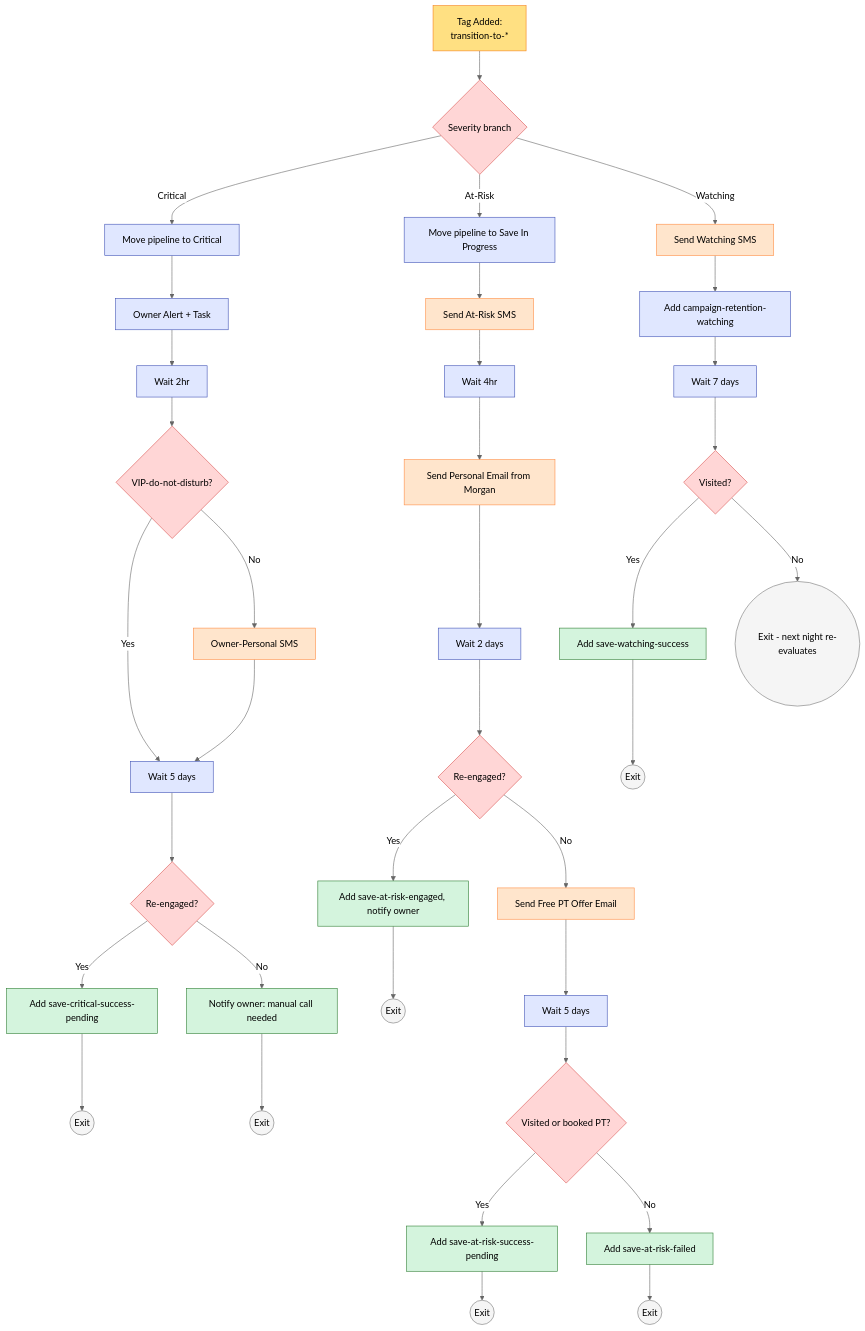
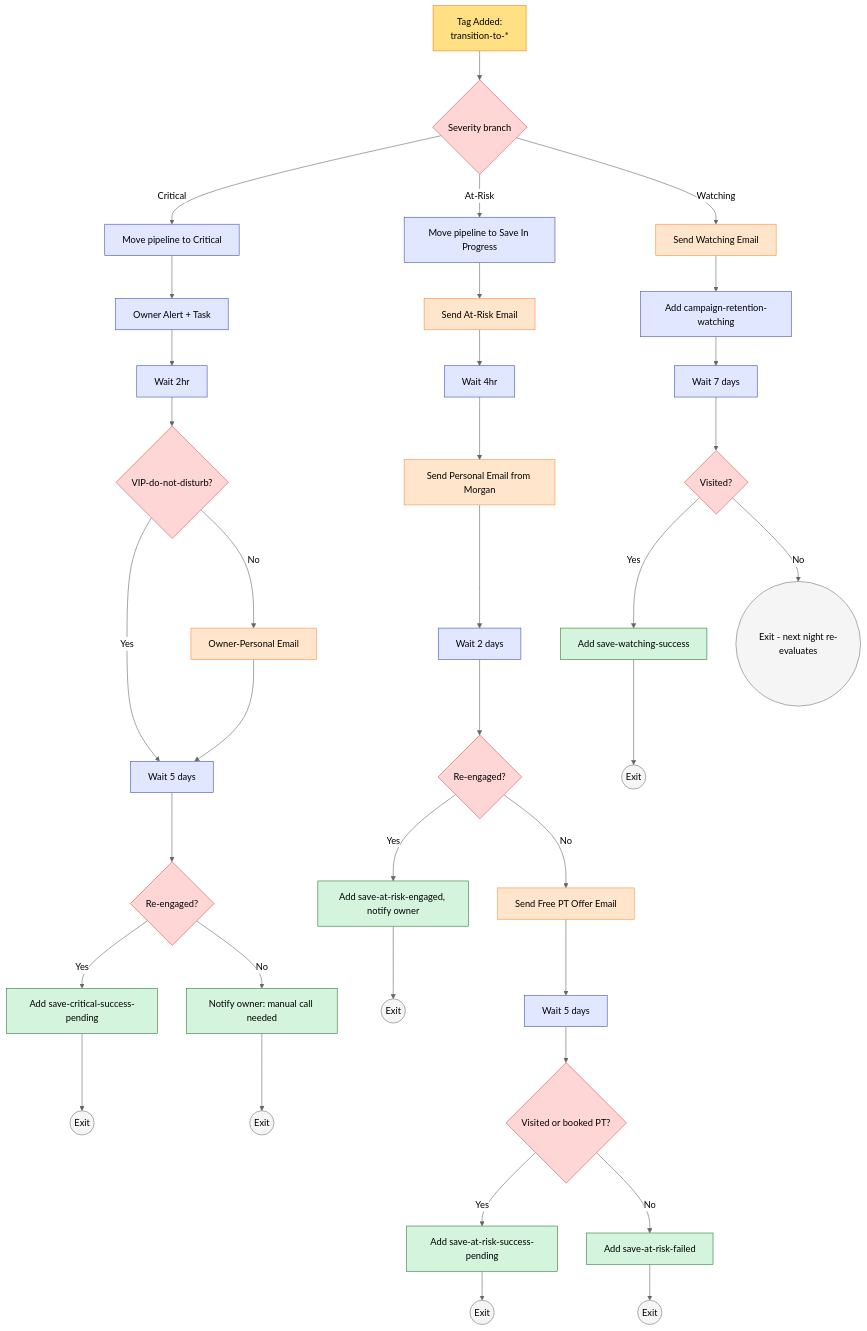
Before and after one commit to safeer-maker/GoHighLevel: the second of 2 diagrams in client-demo/sunrise-wellness-studio/problems/05-retention-and-churn-prevention/assets/workflow.md, drawn with Mermaid (neutral theme). The commit also changed other lines of this file and 50 other files, not shown here.

````diff
--- a/client-demo/sunrise-wellness-studio/problems/05-retention-and-churn-prevention/assets/workflow.md
+++ b/client-demo/sunrise-wellness-studio/problems/05-retention-and-churn-prevention/assets/workflow.md
@@ -339,56 +339,56 @@
 ```mermaid
 graph TD
     T[Tag Added:<br/>transition-to-*] --> Sev{Severity branch}
     Sev -->|Critical| C1[Move pipeline to Critical]
     Sev -->|At-Risk| B1[Move pipeline to Save In Progress]
-    Sev -->|Watching| A1[Send Watching SMS]
+    Sev -->|Watching| A1[Send Watching Email]
 
     A1 --> A2[Add campaign-retention-watching]
     A2 --> A3[Wait 7 days]
     A3 --> AC{Visited?}
     AC -->|Yes| AS[Add save-watching-success]
     AC -->|No| AE((Exit - next night re-evaluates))
 
-    B1 --> B2[Send At-Risk SMS]
+    B1 --> B2[Send At-Risk Email]
     B2 --> B3[Wait 4hr]
     B3 --> B4[Send Personal Email from Morgan]
     B4 --> B5[Wait 2 days]
     B5 --> BC1{Re-engaged?}
     BC1 -->|Yes| BS1[Add save-at-risk-engaged, notify owner]
     BC1 -->|No| B7[Send Free PT Offer Email]
     B7 --> B8[Wait 5 days]
     B8 --> BC2{Visited or booked PT?}
     BC2 -->|Yes| BSP[Add save-at-risk-success-pending]
     BC2 -->|No| BF[Add save-at-risk-failed]
 
     C1 --> C2[Owner Alert + Task]
     C2 --> C3[Wait 2hr]
     C3 --> CC1{VIP-do-not-disturb?}
     CC1 -->|Yes| C7[Wait 5 days]
-    CC1 -->|No| C6[Owner-Personal SMS]
+    CC1 -->|No| C6[Owner-Personal Email]
     C6 --> C7
     C7 --> CC2{Re-engaged?}
     CC2 -->|Yes| CSP[Add save-critical-success-pending]
     CC2 -->|No| CF[Notify owner: manual call needed]
 
     AS --> EX1((Exit))
     BS1 --> EX2((Exit))
     BSP --> EX3((Exit))
     BF --> EX4((Exit))
     CSP --> EX5((Exit))
     CF --> EX6((Exit))
 
     classDef trigger fill:#FFE082,stroke:#F57F17
     classDef action fill:#E0E7FF,stroke:#3F51B5
     classDef msg fill:#FFE5CC,stroke:#FF8C42
     classDef tag fill:#D4F4DD,stroke:#2E7D32
     classDef cond fill:#FFD6D6,stroke:#D9534F
     classDef exit fill:#F5F5F5,stroke:#757575
 
     class T trigger
     class A1,A2,A3,B1,B2,B3,B4,B5,B7,B8,C1,C2,C3,C6,C7 action
     class A1,B2,B4,B7,C6 msg
     class AS,BS1,BSP,BF,CSP,CF tag
     class Sev,AC,BC1,BC2,CC1,CC2 cond
     class AE,EX1,EX2,EX3,EX4,EX5,EX6 exit
 ```
````
